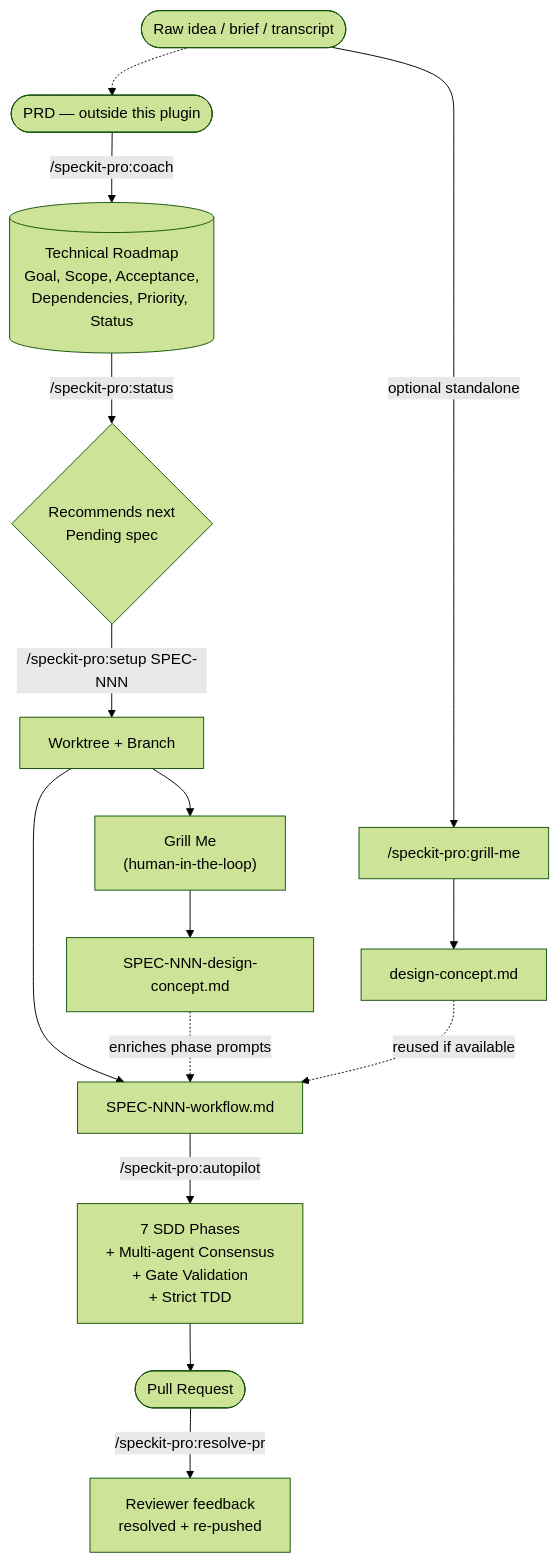
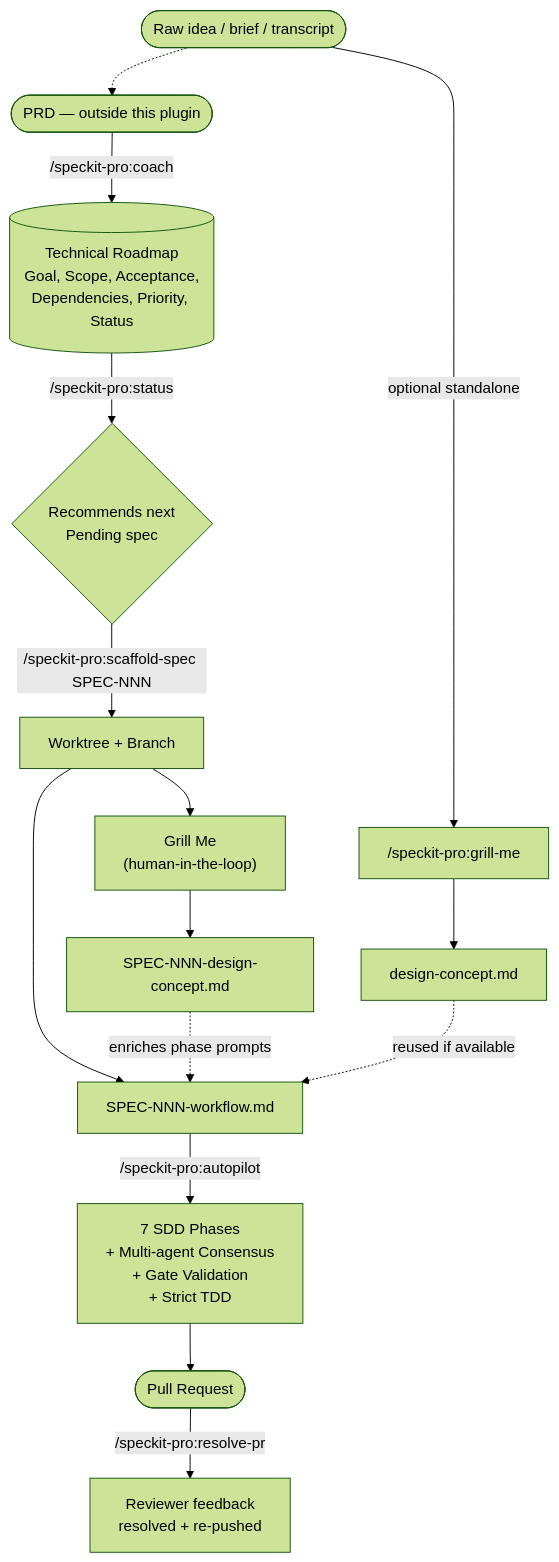
One commit to racecraft-lab/racecraft-plugins-public changed the first of 2 diagrams in speckit-pro/README.md. Above: the diagram before and after it, drawn with Mermaid (forest theme). The commit also changed other lines of this file and 34 other files, not shown here.

````diff
--- a/speckit-pro/README.md
+++ b/speckit-pro/README.md
@@ -88,17 +88,17 @@
 ```mermaid
 flowchart TD
     A([Raw idea / brief / transcript]) -->|optional standalone| GR["/speckit-pro:grill-me"]
     GR --> DC1[design-concept.md]
     A -.-> PRD([PRD — outside this plugin])
     PRD -->|/speckit-pro:coach| TR[(Technical Roadmap<br/>Goal, Scope, Acceptance,<br/>Dependencies, Priority, Status)]
     TR -->|/speckit-pro:status| ST{Recommends next<br/>Pending spec}
-    ST -->|/speckit-pro:setup SPEC-NNN| SU[Worktree + Branch]
+    ST -->|/speckit-pro:scaffold-spec SPEC-NNN| SU[Worktree + Branch]
     SU --> GM["Grill Me<br/>(human-in-the-loop)"]
     GM --> DC2[SPEC-NNN-design-concept.md]
     SU --> WF[SPEC-NNN-workflow.md]
     DC2 -.->|enriches phase prompts| WF
     DC1 -.->|reused if available| WF
     WF -->|/speckit-pro:autopilot| AP[7 SDD Phases<br/>+ Multi-agent Consensus<br/>+ Gate Validation<br/>+ Strict TDD]
     AP --> PR([Pull Request])
     PR -->|/speckit-pro:resolve-pr| FIX[Reviewer feedback<br/>resolved + re-pushed]
 ```
````
